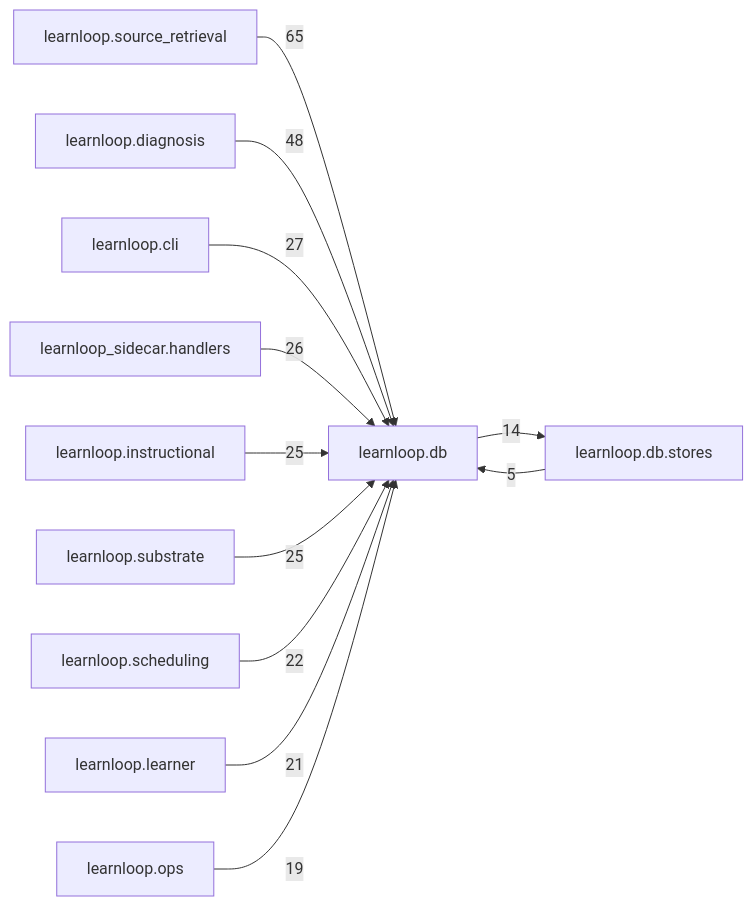
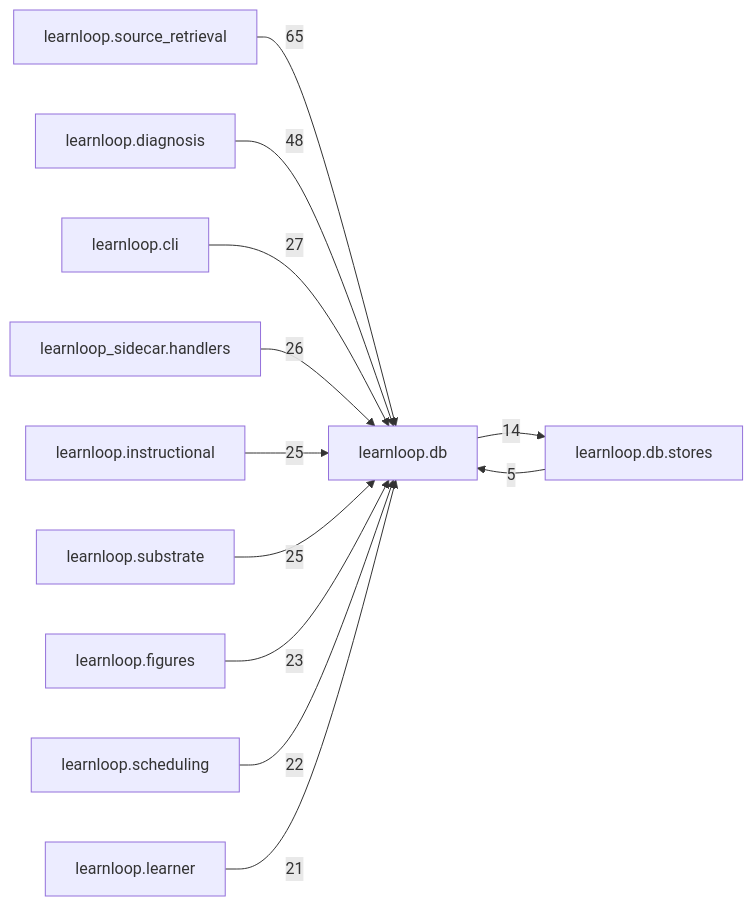
Before and after one commit to 6up-b/learnanything: the diagram in docs/learnloop-architecture-vault/Reference/Modules/learnloop/db/_package.md, drawn with Mermaid. The commit also changed other lines of this file and 68 other files, not shown here.

````diff
--- a/docs/learnloop-architecture-vault/Reference/Modules/learnloop/db/_package.md
+++ b/docs/learnloop-architecture-vault/Reference/Modules/learnloop/db/_package.md
@@ -138,25 +138,25 @@
 ```mermaid
 flowchart LR
     center["learnloop.db"]
     n_learnloop_source_retrieval["learnloop.source_retrieval"]
     n_learnloop_diagnosis["learnloop.diagnosis"]
     n_learnloop_cli["learnloop.cli"]
     n_learnloop_sidecar_handlers["learnloop_sidecar.handlers"]
     n_learnloop_instructional["learnloop.instructional"]
     n_learnloop_substrate["learnloop.substrate"]
+    n_learnloop_figures["learnloop.figures"]
     n_learnloop_scheduling["learnloop.scheduling"]
     n_learnloop_learner["learnloop.learner"]
     n_learnloop_db_stores["learnloop.db.stores"]
-    n_learnloop_ops["learnloop.ops"]
     n_learnloop_source_retrieval -->|65| center
     n_learnloop_diagnosis -->|48| center
     n_learnloop_cli -->|27| center
     n_learnloop_sidecar_handlers -->|26| center
     n_learnloop_instructional -->|25| center
     n_learnloop_substrate -->|25| center
+    n_learnloop_figures -->|23| center
     n_learnloop_scheduling -->|22| center
     n_learnloop_learner -->|21| center
     n_learnloop_db_stores -->|5| center
     center -->|14| n_learnloop_db_stores
-    n_learnloop_ops -->|19| center
 ```
````
